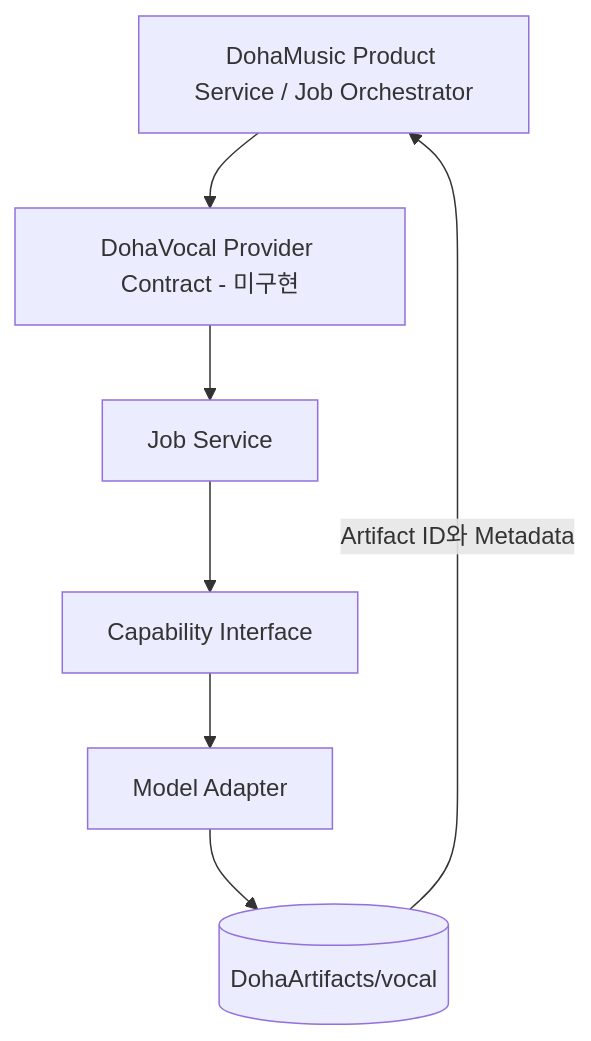
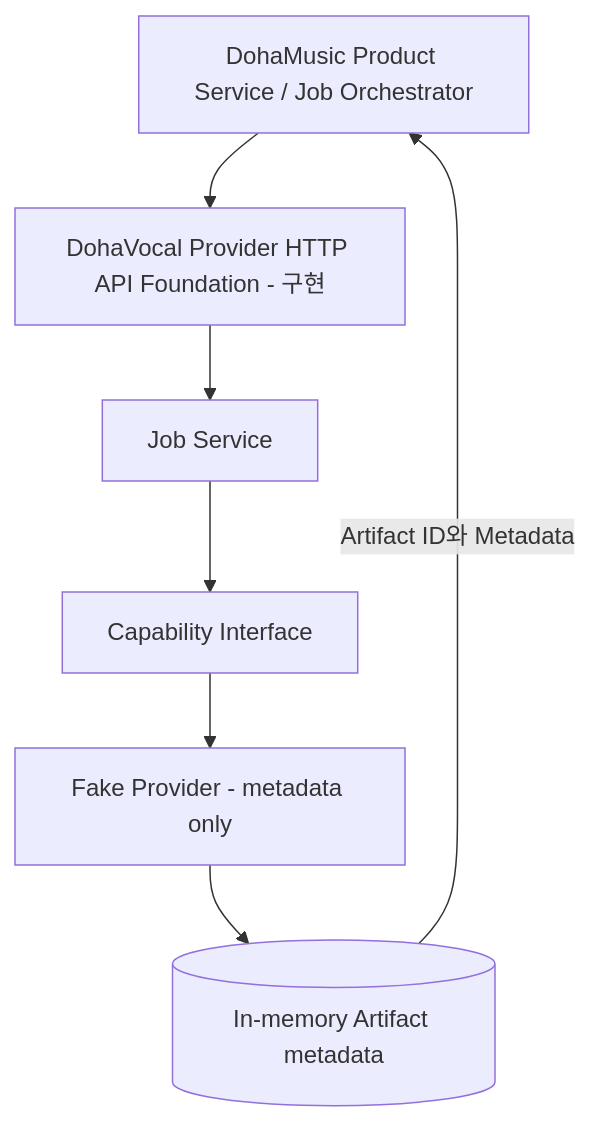
The diagram in docs/03-architecture/system-architecture.md (DohaStudio/DohaVocal), drawn with Mermaid before and after one commit. The commit also changed other lines of this file and 41 other files, not shown here.

Commit message:
feat: DohaVocal Runtime Foundation 구현

````diff
--- a/docs/03-architecture/system-architecture.md
+++ b/docs/03-architecture/system-architecture.md
@@ -5,12 +5,12 @@
 ```mermaid
 flowchart TB
     DM[DohaMusic Product Service / Job Orchestrator]
-    API[DohaVocal Provider Contract - 미구현]
+    API[DohaVocal Provider HTTP API Foundation - 구현]
     APP[Job Service]
     CAP[Capability Interface]
-    ADP[Model Adapter]
-    ART[(DohaArtifacts/vocal)]
+    ADP[Fake Provider - metadata only]
+    ART[(In-memory Artifact metadata)]
 
     DM --> API --> APP --> CAP --> ADP --> ART
     ART -->|Artifact ID와 Metadata| DM
 ```
````
